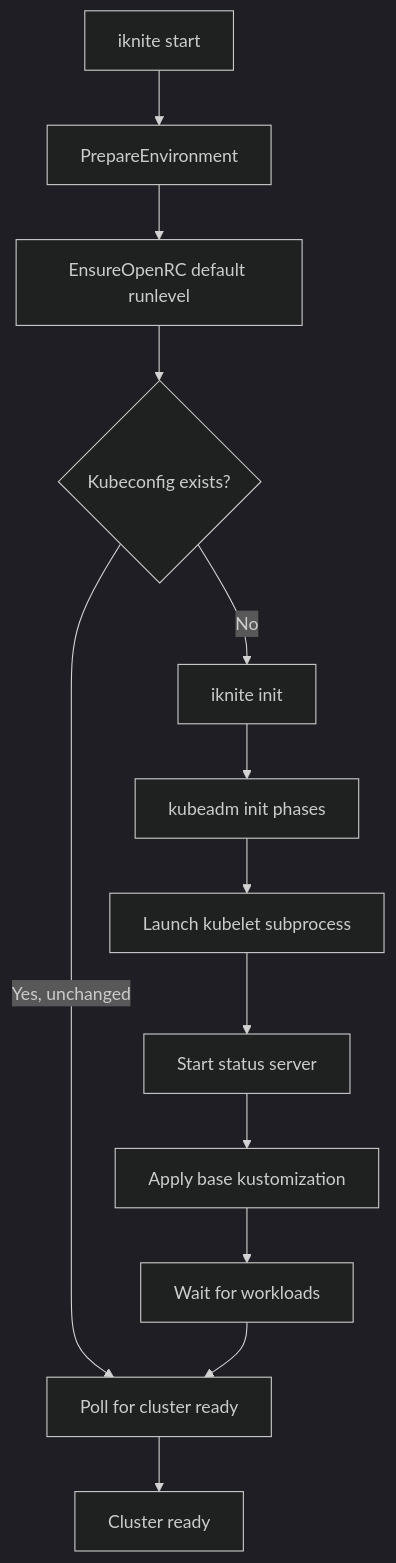
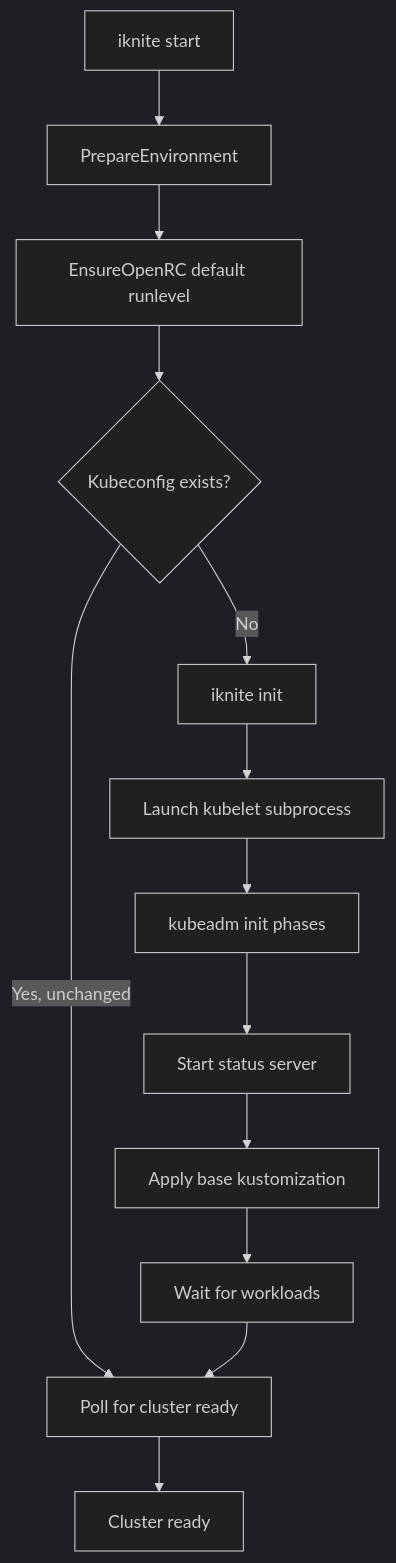
The diagram in docs/docs/architecture.md (kaweezle/iknite), drawn with Mermaid (dark theme) before and after one commit. The commit also changed other lines of this file and 4 other files, not shown here.

Commit message:
📝 Address review feedback on architecture, features, getting_started, docker, hyperv docs

````diff
--- a/docs/docs/architecture.md
+++ b/docs/docs/architecture.md
@@ -13,15 +13,15 @@
 ```mermaid
 graph TD
     A[iknite start] --> B[PrepareEnvironment]
     B --> C[EnsureOpenRC default runlevel]
     C --> D{Kubeconfig exists?}
     D -- No --> E[iknite init]
     D -- Yes, unchanged --> F[Poll for cluster ready]
-    E --> G[kubeadm init phases]
-    G --> H[Launch kubelet subprocess]
-    H --> I[Start status server]
+    E --> H[Launch kubelet subprocess]
+    H --> G[kubeadm init phases]
+    G --> I[Start status server]
     I --> J[Apply base kustomization]
     J --> K[Wait for workloads]
     K --> F
     F --> L[Cluster ready]
 ```
````
